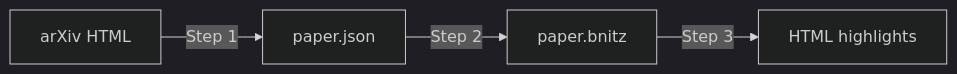
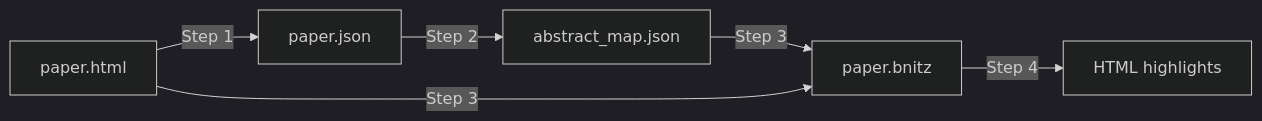
One commit to enricobottazzi/bnitz changed the diagram in extension/README.md. Above: the diagram before and after it, drawn with Mermaid (dark theme). The commit also changed other lines of this file and 17 other files, not shown here.

````diff
--- a/extension/README.md
+++ b/extension/README.md
@@ -5,6 +5,7 @@
 ```mermaid
 flowchart LR
-    A["arXiv HTML"] -->|Step 1| B["paper.json"]
-    B -->|Step 2| C["paper.bnitz"]
-    C -->|Step 3| D["HTML highlights"]
+    A["paper.html"] -->|Step 1| B["paper.json"]
+    B -->|Step 2| C["abstract_map.json"]
+    C & A -->|Step 3| D["paper.bnitz"]
+    D -->|Step 4| E["HTML highlights"]
 ```
````
